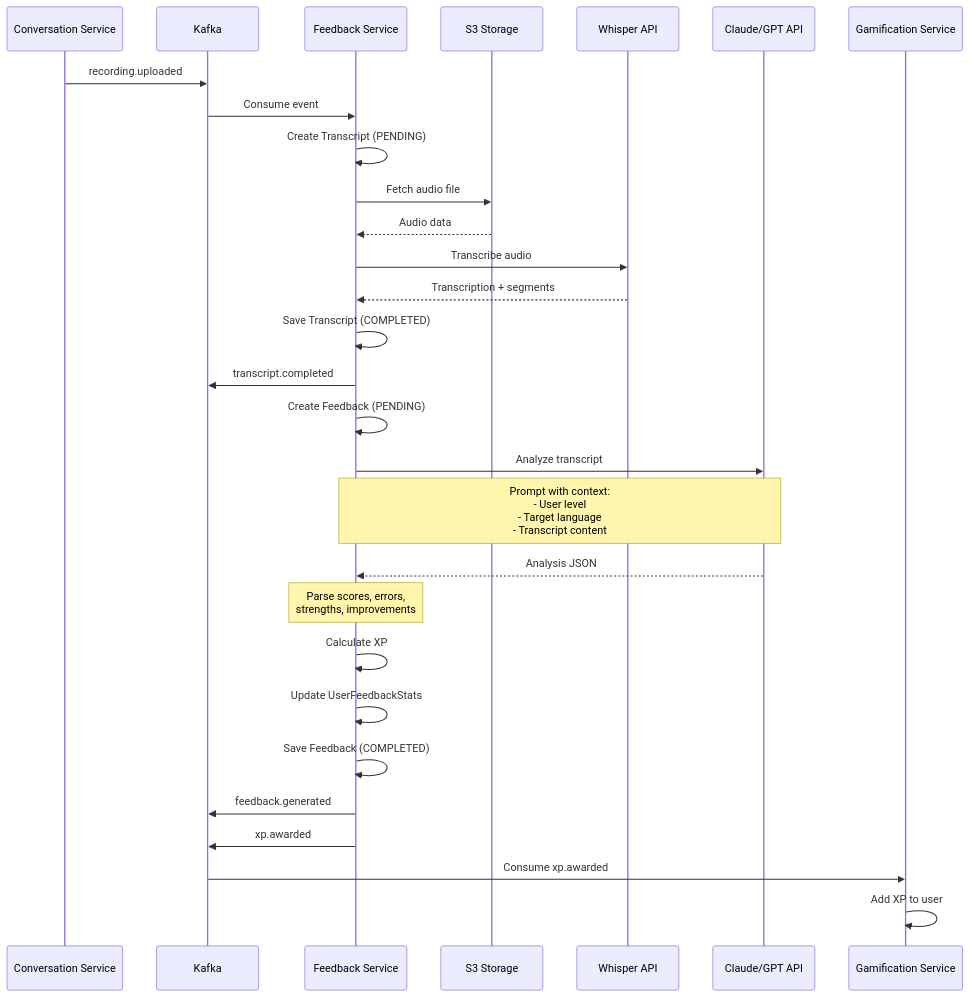
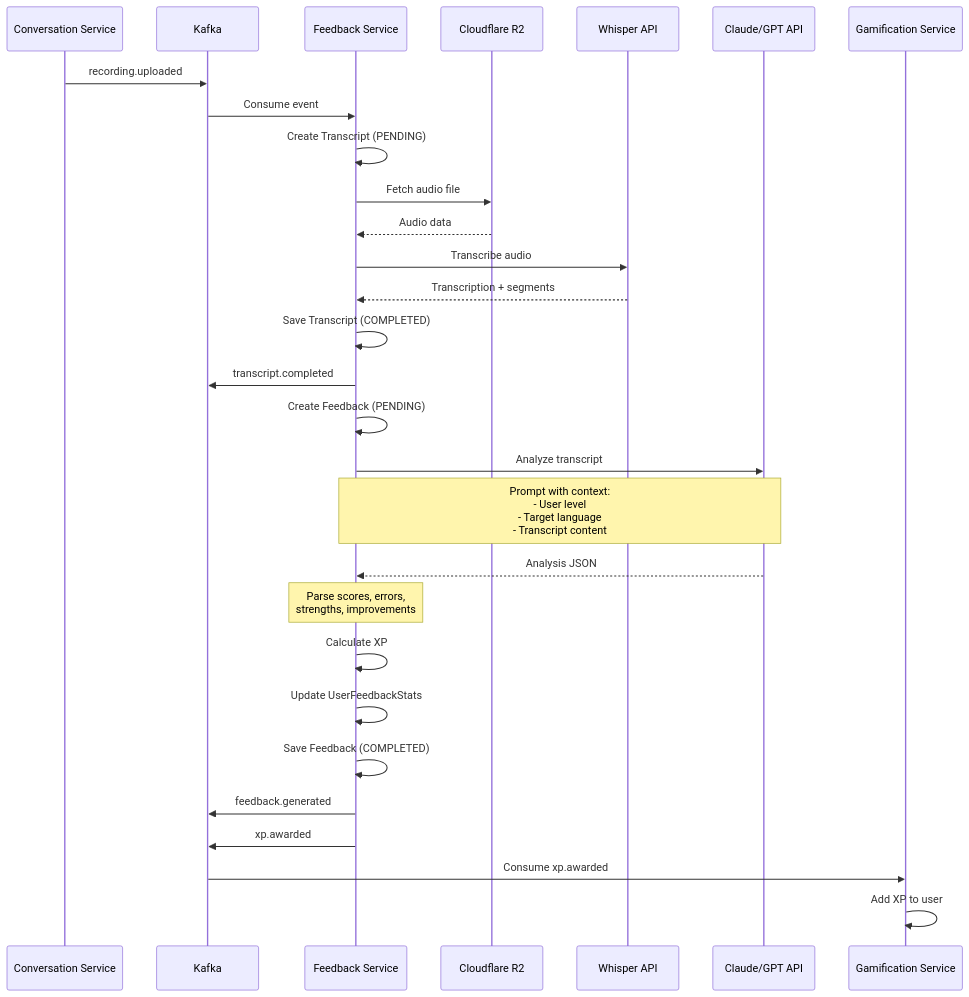
One commit to we-speak-org/wespeak-specifications changed the second of 6 diagrams in 04-feedback-service/DIAGRAMS.md. Above: the diagram before and after it, drawn with Mermaid. The commit also changed other lines of this file and 5 other files, not shown here.

````diff
--- a/04-feedback-service/DIAGRAMS.md
+++ b/04-feedback-service/DIAGRAMS.md
@@ -82,40 +82,40 @@
 ```mermaid
 sequenceDiagram
     participant CS as Conversation Service
     participant Kafka as Kafka
     participant FS as Feedback Service
-    participant S3 as S3 Storage
+    participant R2 as Cloudflare R2
     participant Whisper as Whisper API
     participant LLM as Claude/GPT API
     participant GS as Gamification Service
 
     CS->>Kafka: recording.uploaded
     Kafka->>FS: Consume event
     
     FS->>FS: Create Transcript (PENDING)
-    FS->>S3: Fetch audio file
-    S3-->>FS: Audio data
+    FS->>R2: Fetch audio file
+    R2-->>FS: Audio data
     
     FS->>Whisper: Transcribe audio
     Whisper-->>FS: Transcription + segments
     
     FS->>FS: Save Transcript (COMPLETED)
     FS->>Kafka: transcript.completed
     
     FS->>FS: Create Feedback (PENDING)
     FS->>LLM: Analyze transcript
     Note over FS,LLM: Prompt with context:<br/>- User level<br/>- Target language<br/>- Transcript content
     
     LLM-->>FS: Analysis JSON
     Note over FS: Parse scores, errors,<br/>strengths, improvements
     
     FS->>FS: Calculate XP
     FS->>FS: Update UserFeedbackStats
     FS->>FS: Save Feedback (COMPLETED)
     
     FS->>Kafka: feedback.generated
     FS->>Kafka: xp.awarded
     
     Kafka->>GS: Consume xp.awarded
     GS->>GS: Add XP to user
 ```
````
